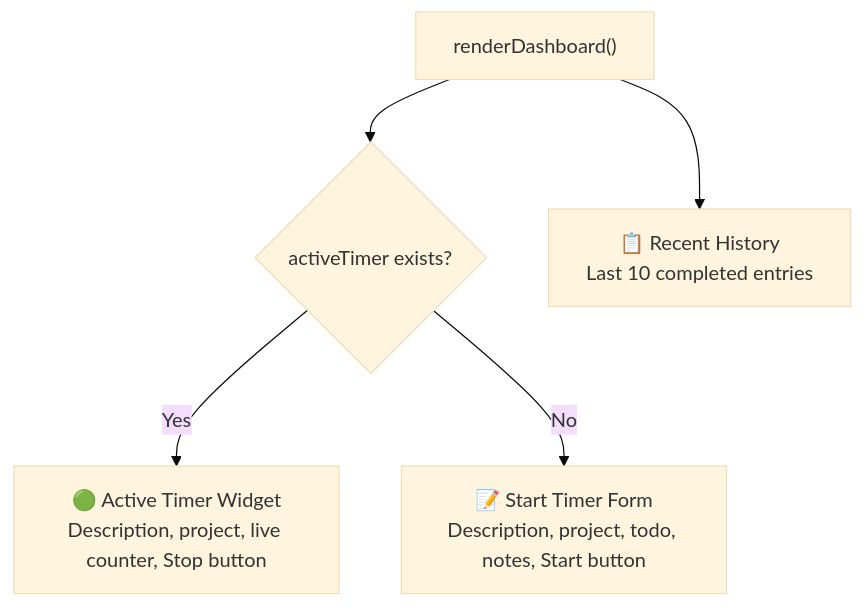
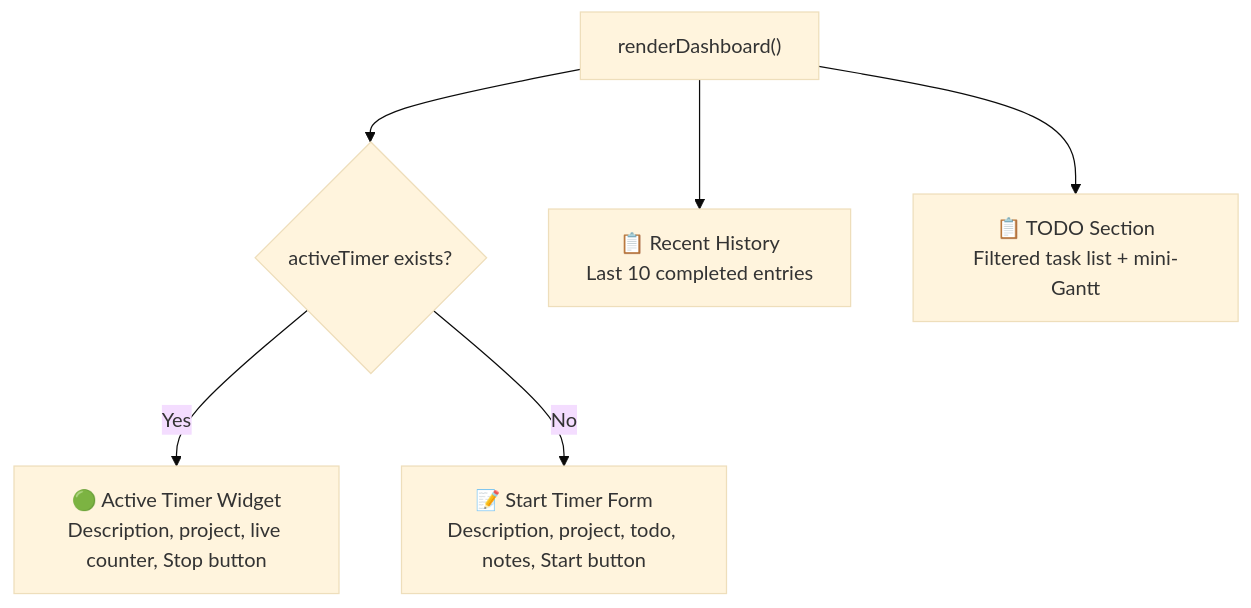
Before and after one commit to xaviertnc/timeshark: the first of 2 diagrams in docs/Codebase Overview/Dashboard.md, drawn with Mermaid (base theme). The commit also changed other lines of this file and 6 other files, not shown here.

````diff
--- a/docs/Codebase Overview/Dashboard.md
+++ b/docs/Codebase Overview/Dashboard.md
@@ -29,7 +29,8 @@
 ```mermaid
 graph TD
     A["renderDashboard()"] --> B{activeTimer exists?}
     B -->|Yes| C["🟢 Active Timer Widget<br/>Description, project, live counter, Stop button"]
     B -->|No| D["📝 Start Timer Form<br/>Description, project, todo, notes, Start button"]
     A --> E["📋 Recent History<br/>Last 10 completed entries"]
+    A --> F["📋 TODO Section<br/>Filtered task list + mini-Gantt"]
 ```
````
